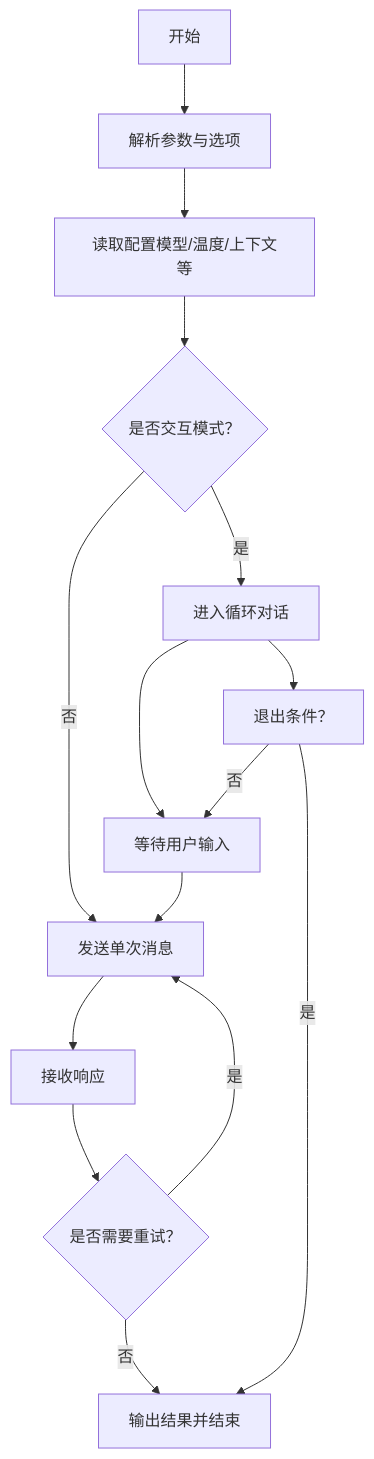
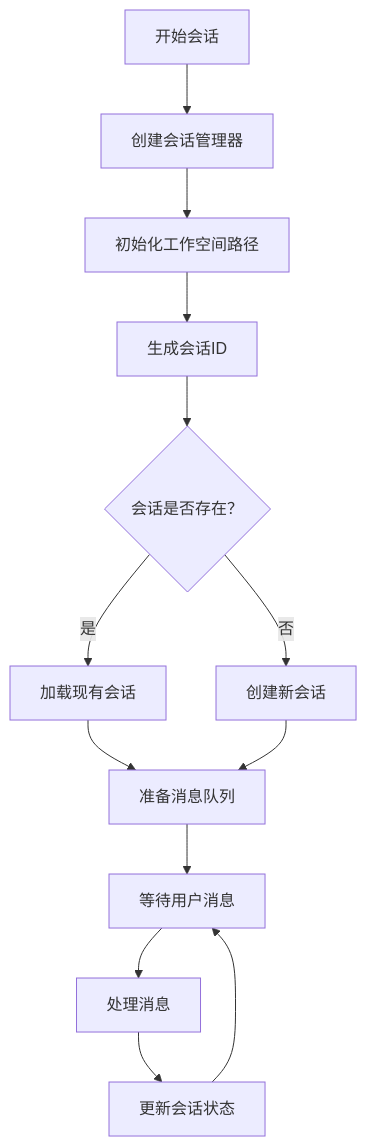
Before and after one commit to neciszhang/batbot: the fourth of 7 diagrams in .qoder/repowiki/zh/content/命令参考手册/代理命令 (agent).md, drawn with Mermaid. The commit also changed other lines of this file and 13 other files, not shown here.

````diff
--- a/.qoder/repowiki/zh/content/命令参考手册/代理命令 (agent).md
+++ b/.qoder/repowiki/zh/content/命令参考手册/代理命令 (agent).md
@@ -183,17 +223,15 @@
 ```mermaid
 flowchart TD
-S["开始"] --> P["解析参数与选项"]
-P --> C["读取配置模型/温度/上下文等"]
-C --> M{"是否交互模式？"}
-M --> |是| L["进入循环对话"]
-M --> |否| O["发送单次消息"]
-L --> N["等待用户输入"]
-N --> O
-O --> R["接收响应"]
-R --> D{"是否需要重试？"}
-D --> |是| O
-D --> |否| E["输出结果并结束"]
-L --> Q["退出条件？"]
-Q --> |否| N
-Q --> |是| E
+A["开始会话"] --> B["创建会话管理器"]
+B --> C["初始化工作空间路径"]
+C --> D["生成会话ID"]
+D --> E{"会话是否存在？"}
+E --> |是| F["加载现有会话"]
+E --> |否| G["创建新会话"]
+F --> H["准备消息队列"]
+G --> H
+H --> I["等待用户消息"]
+I --> J["处理消息"]
+J --> K["更新会话状态"]
+K --> I
 ```
````
